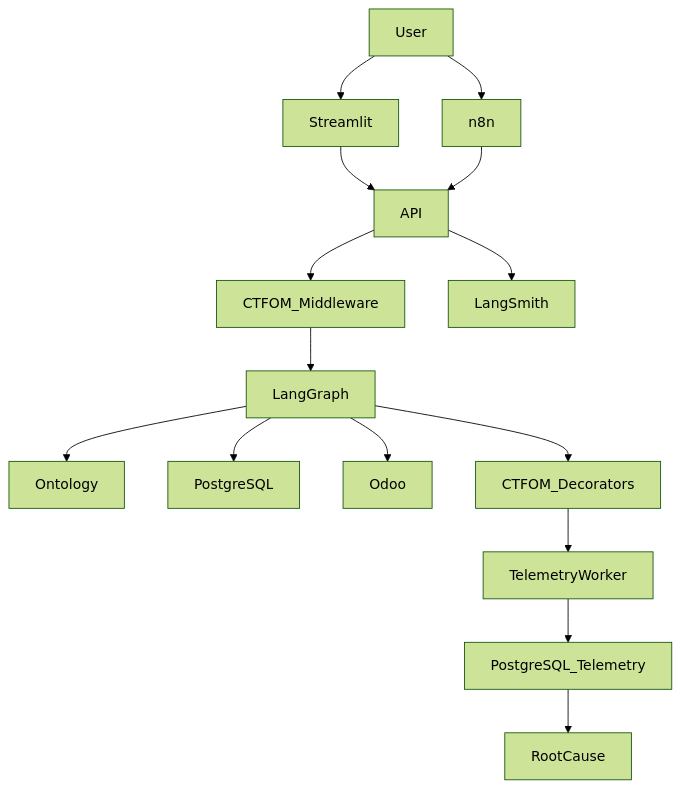
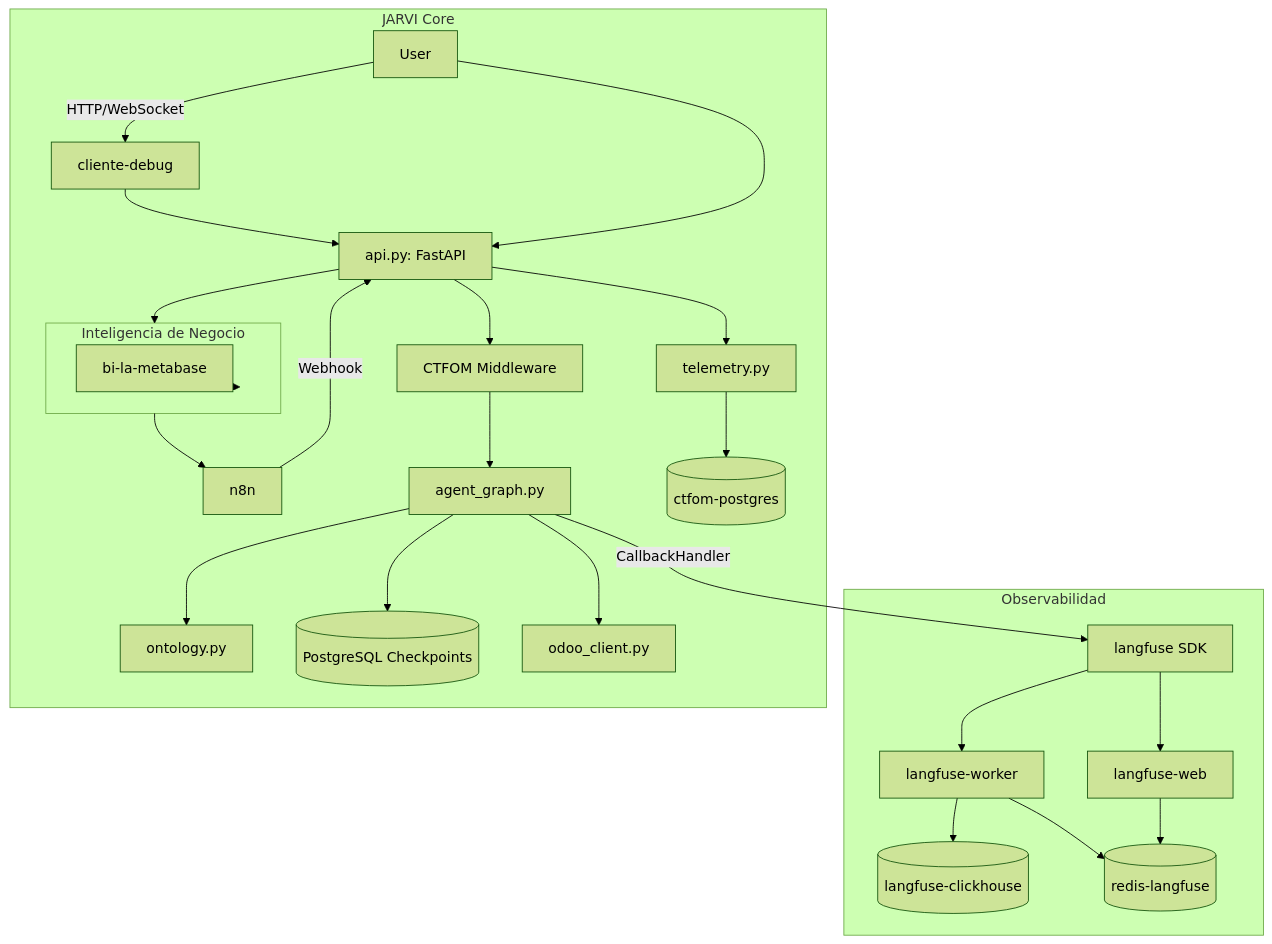
One commit to aisait/lang_graph changed the diagram in README.md. Above: the diagram before and after it, drawn with Mermaid (forest theme). The commit also changed other lines of this file, not shown here.

First line of the commit message:
Revise README for JARVI 2.0.03 enhancements

````diff
--- a/README.md
+++ b/README.md
@@ -210,17 +131,31 @@
 ```mermaid
 flowchart TD
-    User --> Streamlit
-    User --> n8n
-    Streamlit --> API
-    n8n --> API
-    API --> CTFOM_Middleware
-    CTFOM_Middleware --> LangGraph
-    LangGraph --> Ontology
-    LangGraph --> PostgreSQL
-    LangGraph --> Odoo
-    API --> LangSmith
-    LangGraph --> CTFOM_Decorators
-    CTFOM_Decorators --> TelemetryWorker
-    TelemetryWorker --> PostgreSQL_Telemetry
-    PostgreSQL_Telemetry --> RootCause
+    subgraph Core[JARVI Core]
+        User -->|HTTP/WebSocket| cli-debug[cliente-debug]
+        cli-debug --> API[api.py: FastAPI]
+        User --> API
+        n8n -->|Webhook| API
+        API --> CTFOM[CTFOM Middleware]
+        CTFOM --> LangGraph[agent_graph.py]
+        LangGraph --> Ontology[ontology.py]
+        LangGraph --> Checkpoints[(PostgreSQL Checkpoints)]
+        LangGraph --> Odoo[odoo_client.py]
+        API --> TelemetryWorker[telemetry.py]
+        TelemetryWorker --> CTFOMDB[(ctfom-postgres)]
+        API --> BI[(bi-ia-postgres)]
+    end
+
+    subgraph Obs[Observabilidad]
+        LangGraph -->|CallbackHandler| Langfuse[langfuse SDK]
+        Langfuse --> LangfuseWeb[langfuse-web]
+        Langfuse --> LangfuseWorker[langfuse-worker]
+        LangfuseWorker --> ClickHouse[(langfuse-clickhouse)]
+        LangfuseWorker --> RedisLangfuse[(redis-langfuse)]
+        LangfuseWeb --> RedisLangfuse
+    end
+
+    subgraph BI[Inteligencia de Negocio]
+        BI --> Metabase[bi-la-metabase]
+        BI --> n8n
+    end
 ```
````
